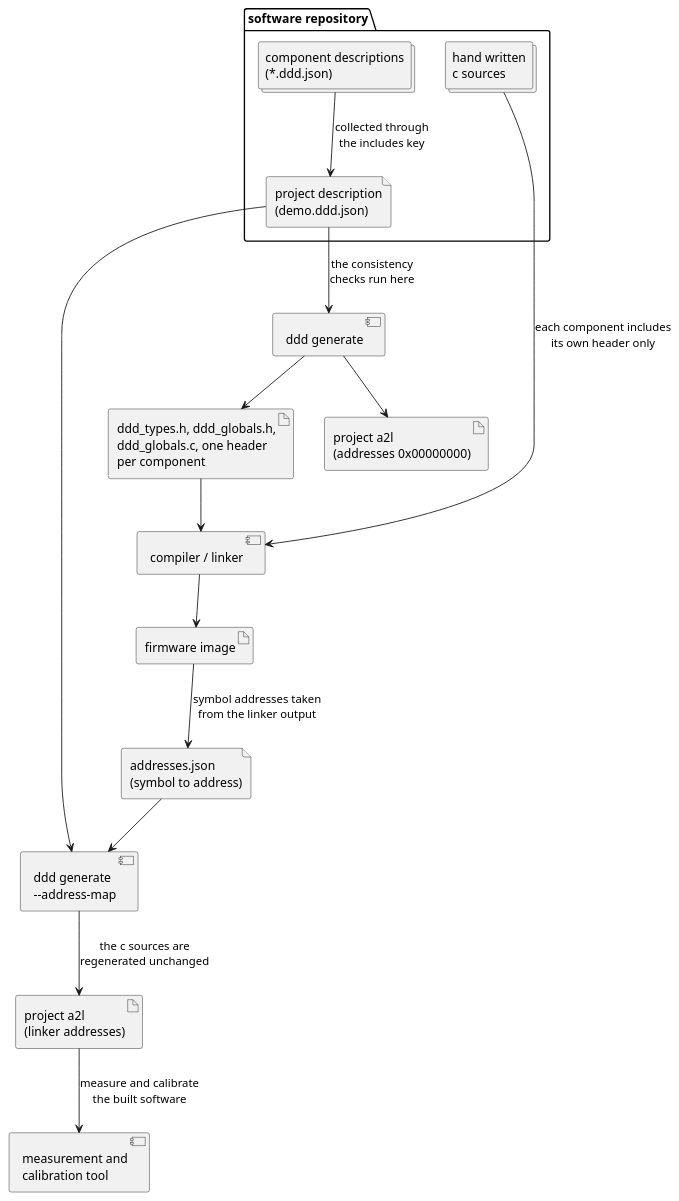
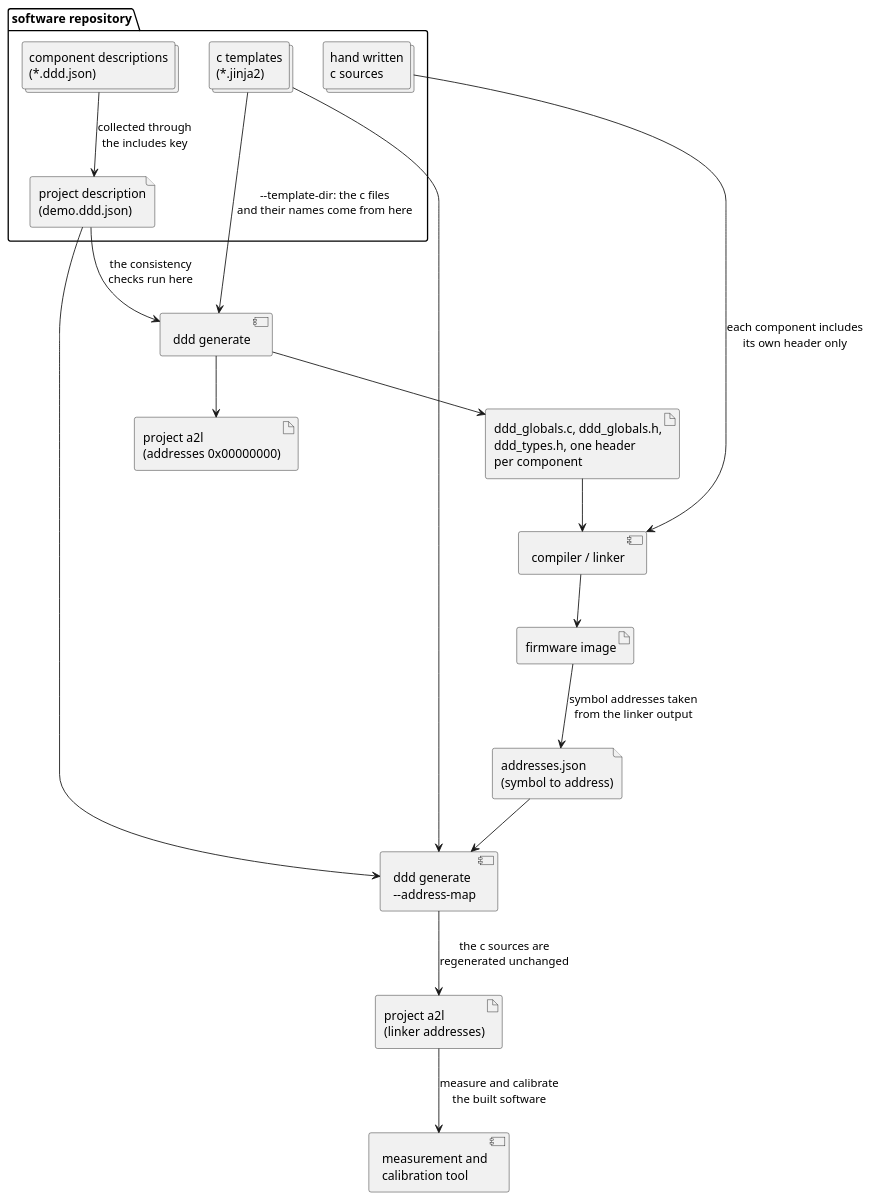
One commit to Sauci/ddd changed the first of 2 diagrams in docs/concept.rst. Above: the diagram before and after it, drawn with PlantUML. The commit also changed other lines of this file and 38 other files, not shown here.

```diff
--- a/docs/concept.rst
+++ b/docs/concept.rst
@@ -394,34 +423,37 @@
 .. uml::
 
    folder "software repository" as repository {
        collections "component descriptions\n(*.ddd.json)" as component_files
        file "project description\n(demo.ddd.json)" as project_file
+       collections "c templates\n(*.jinja2)" as templates
        collections "hand written\nc sources" as c_sources
    }
 
    component "ddd generate" as ddd_first
    component "ddd generate\n--address-map" as ddd_second
    component "compiler / linker" as toolchain
 
-   artifact "ddd_types.h, ddd_globals.h,\nddd_globals.c, one header\nper component" as generated_c
+   artifact "ddd_globals.c, ddd_globals.h,\nddd_types.h, one header\nper component" as generated_c
    artifact "project a2l\n(addresses 0x00000000)" as provisional_a2l
    artifact "firmware image" as image
    file "addresses.json\n(symbol to address)" as address_map
    artifact "project a2l\n(linker addresses)" as final_a2l
 
    component "measurement and\ncalibration tool" as mc_tool
 
    component_files --> project_file: collected through\nthe includes key
    project_file --> ddd_first: the consistency\nchecks run here
+   templates --> ddd_first: --template-dir: the c files\nand their names come from here
    ddd_first --> generated_c
    ddd_first --> provisional_a2l
 
    generated_c --> toolchain
    c_sources --> toolchain: each component includes\nits own header only
    toolchain --> image
    image --> address_map: symbol addresses taken\nfrom the linker output
 
    project_file --> ddd_second
+   templates --> ddd_second
    address_map --> ddd_second
    ddd_second --> final_a2l: the c sources are\nregenerated unchanged
    final_a2l --> mc_tool: measure and calibrate\nthe built software
```
